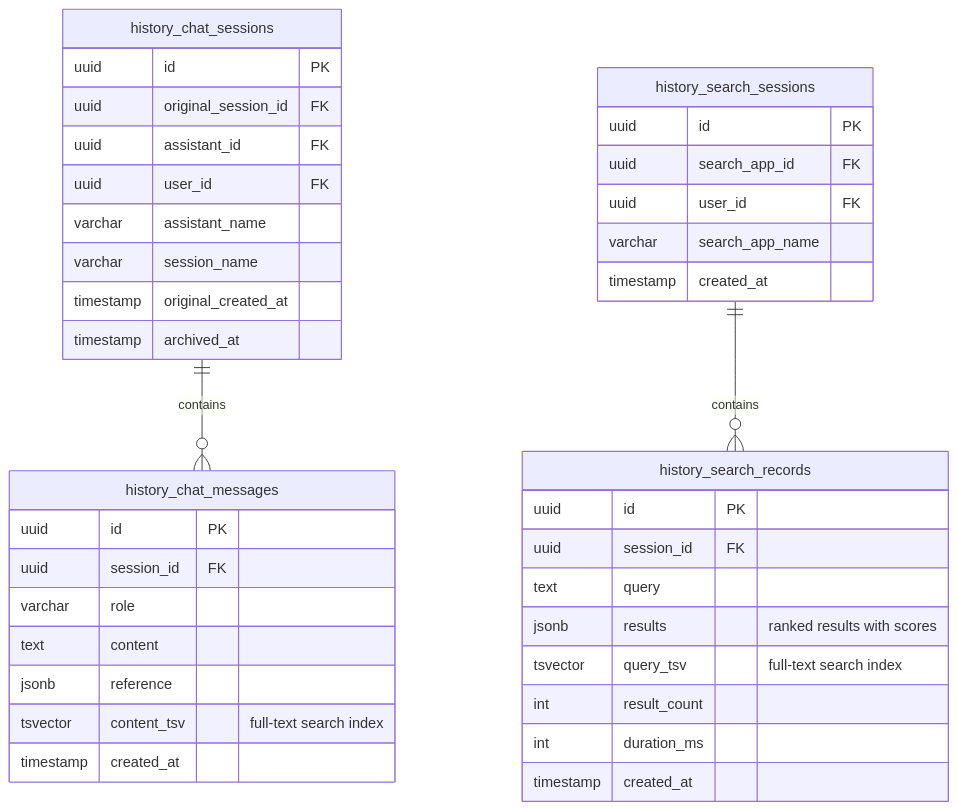
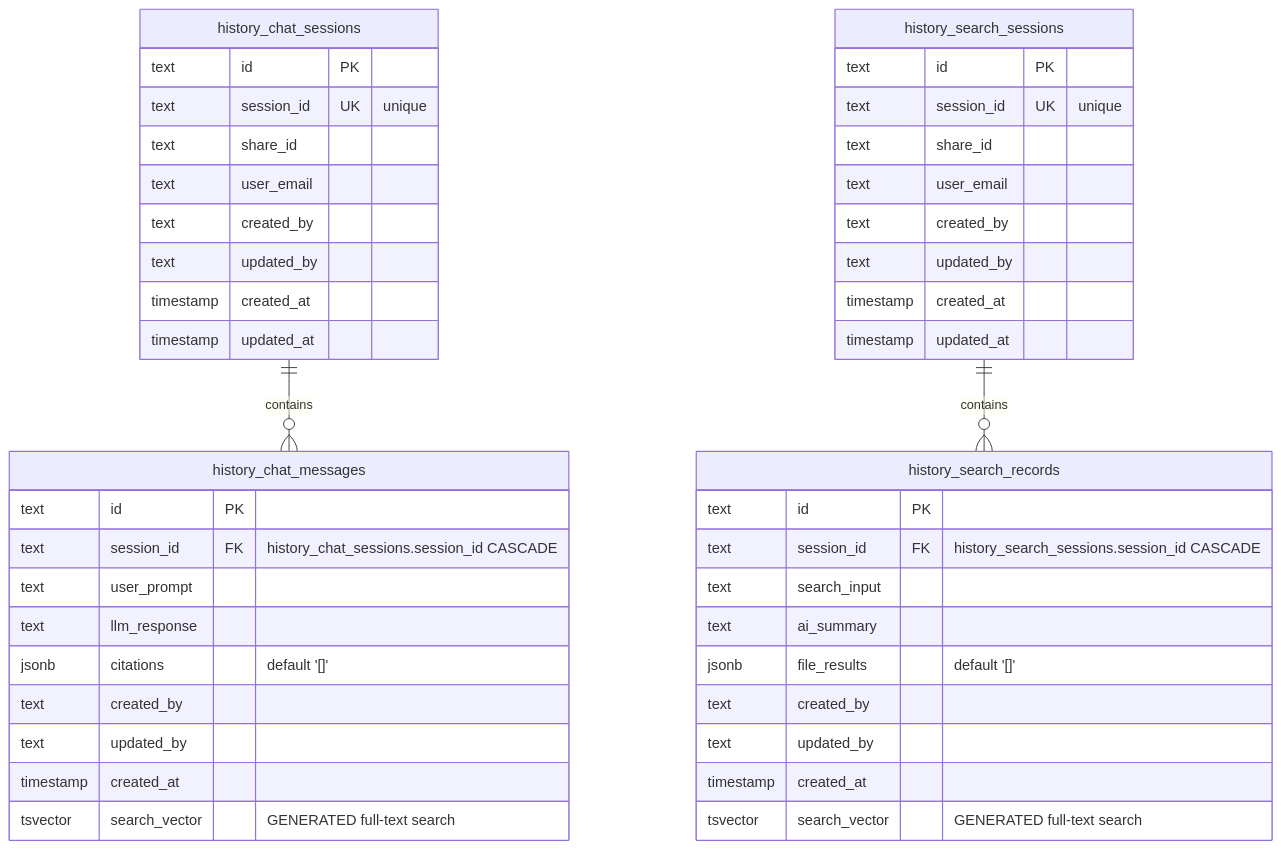
One commit to b-knowledge-solution/b-knowledge changed the third of 4 diagrams in docs/basic-design/database/database-design-chat-search.md. Above: the diagram before and after it, drawn with Mermaid. The commit also changed other lines of this file and 5 other files, not shown here.

First line of the commit message:
docs: update all 6 database design docs to match actual migration schema

````diff
--- a/docs/basic-design/database/database-design-chat-search.md
+++ b/docs/basic-design/database/database-design-chat-search.md
@@ -118,45 +130,51 @@
 ```mermaid
 erDiagram
     history_chat_sessions {
-        uuid id PK
-        uuid original_session_id FK
-        uuid assistant_id FK
-        uuid user_id FK
-        varchar assistant_name
-        varchar session_name
-        timestamp original_created_at
-        timestamp archived_at
+        text id PK
+        text session_id UK "unique"
+        text share_id
+        text user_email
+        text created_by
+        text updated_by
+        timestamp created_at
+        timestamp updated_at
     }
 
     history_chat_messages {
-        uuid id PK
-        uuid session_id FK
-        varchar role
-        text content
-        jsonb reference
-        tsvector content_tsv "full-text search index"
+        text id PK
+        text session_id FK "history_chat_sessions.session_id CASCADE"
+        text user_prompt
+        text llm_response
+        jsonb citations "default '[]'"
+        text created_by
+        text updated_by
         timestamp created_at
+        tsvector search_vector "GENERATED full-text search"
     }
 
     history_search_sessions {
-        uuid id PK
-        uuid search_app_id FK
-        uuid user_id FK
-        varchar search_app_name
+        text id PK
+        text session_id UK "unique"
+        text share_id
+        text user_email
+        text created_by
+        text updated_by
         timestamp created_at
+        timestamp updated_at
     }
 
     history_search_records {
-        uuid id PK
-        uuid session_id FK
-        text query
-        jsonb results "ranked results with scores"
-        tsvector query_tsv "full-text search index"
-        int result_count
-        int duration_ms
+        text id PK
+        text session_id FK "history_search_sessions.session_id CASCADE"
+        text search_input
+        text ai_summary
+        jsonb file_results "default '[]'"
+        text created_by
+        text updated_by
         timestamp created_at
+        tsvector search_vector "GENERATED full-text search"
     }
 
     history_chat_sessions ||--o{ history_chat_messages : "contains"
     history_search_sessions ||--o{ history_search_records : "contains"
 ```
````
